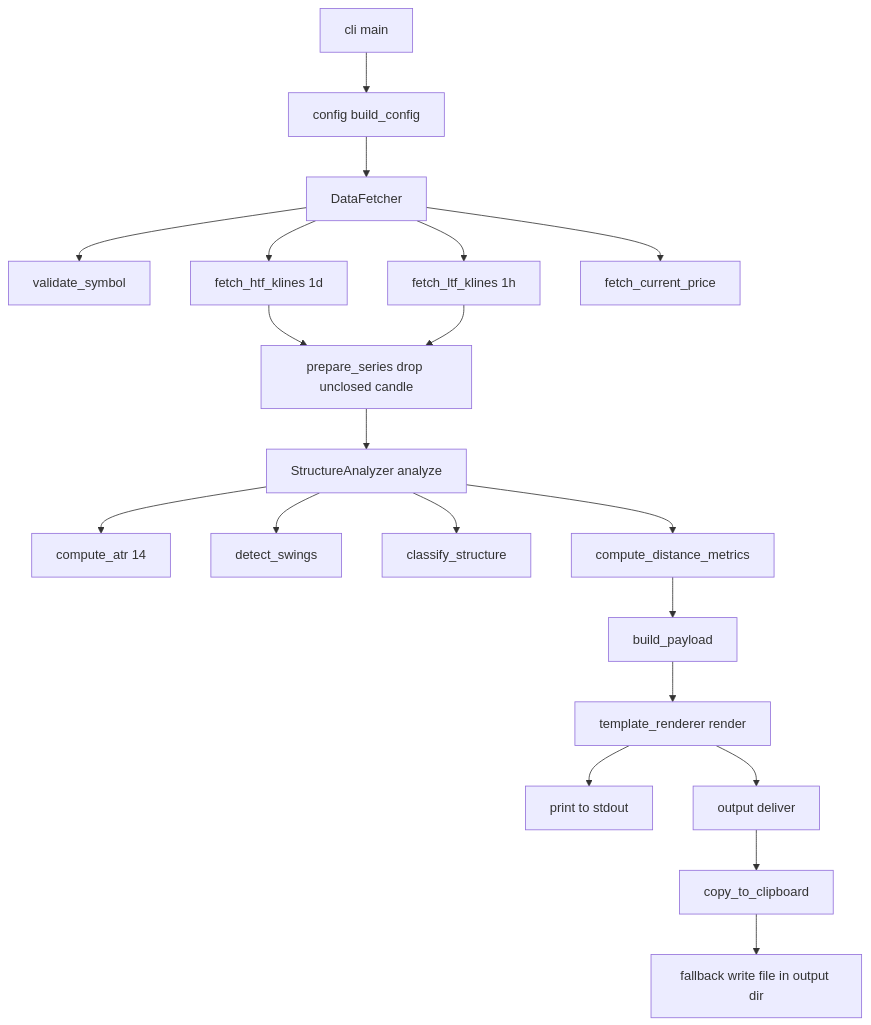
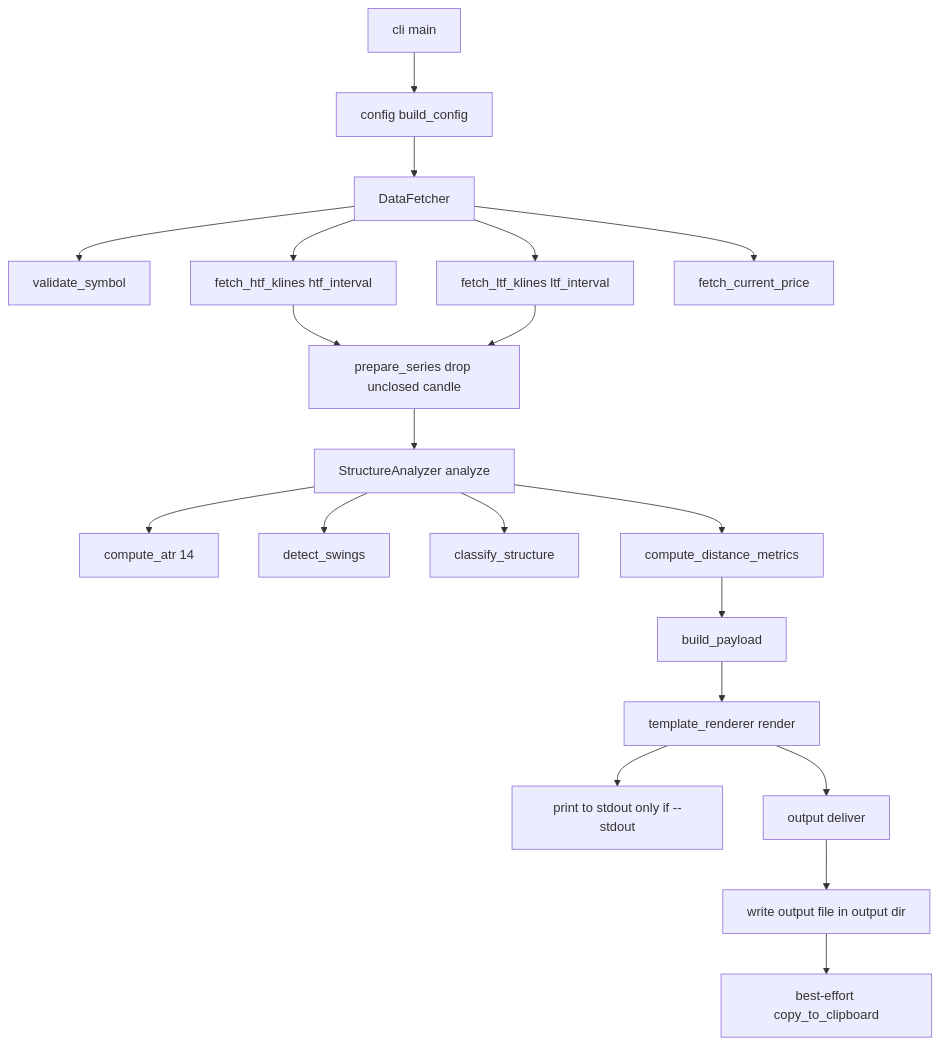
One commit to KaleksananBarqi/prompt-trading-generator changed the diagram in docs/DESIGN_SPEC.md. Above: the diagram before and after it, drawn with Mermaid. The commit also changed other lines of this file and 21 other files, not shown here.

````diff
--- a/docs/DESIGN_SPEC.md
+++ b/docs/DESIGN_SPEC.md
@@ -235,22 +450,22 @@
 ```mermaid
 flowchart TD
     A[cli main] --> B[config build_config]
     B --> C[DataFetcher]
     C --> C1[validate_symbol]
-    C --> C2[fetch_htf_klines 1d]
-    C --> C3[fetch_ltf_klines 1h]
+    C --> C2[fetch_htf_klines htf_interval]
+    C --> C3[fetch_ltf_klines ltf_interval]
     C --> C4[fetch_current_price]
     C2 --> D[prepare_series drop unclosed candle]
     C3 --> D
     D --> E[StructureAnalyzer analyze]
     E --> E1[compute_atr 14]
     E --> E2[detect_swings]
     E --> E3[classify_structure]
     E --> E4[compute_distance_metrics]
     E4 --> G[build_payload]
     G --> H[template_renderer render]
-    H --> I[print to stdout]
+    H --> I[print to stdout only if --stdout]
     H --> J[output deliver]
-    J --> J1[copy_to_clipboard]
-    J1 --> J2[fallback write file in output dir]
+    J --> J1[write output file in output dir]
+    J1 --> J2[best-effort copy_to_clipboard]
 ```
````
